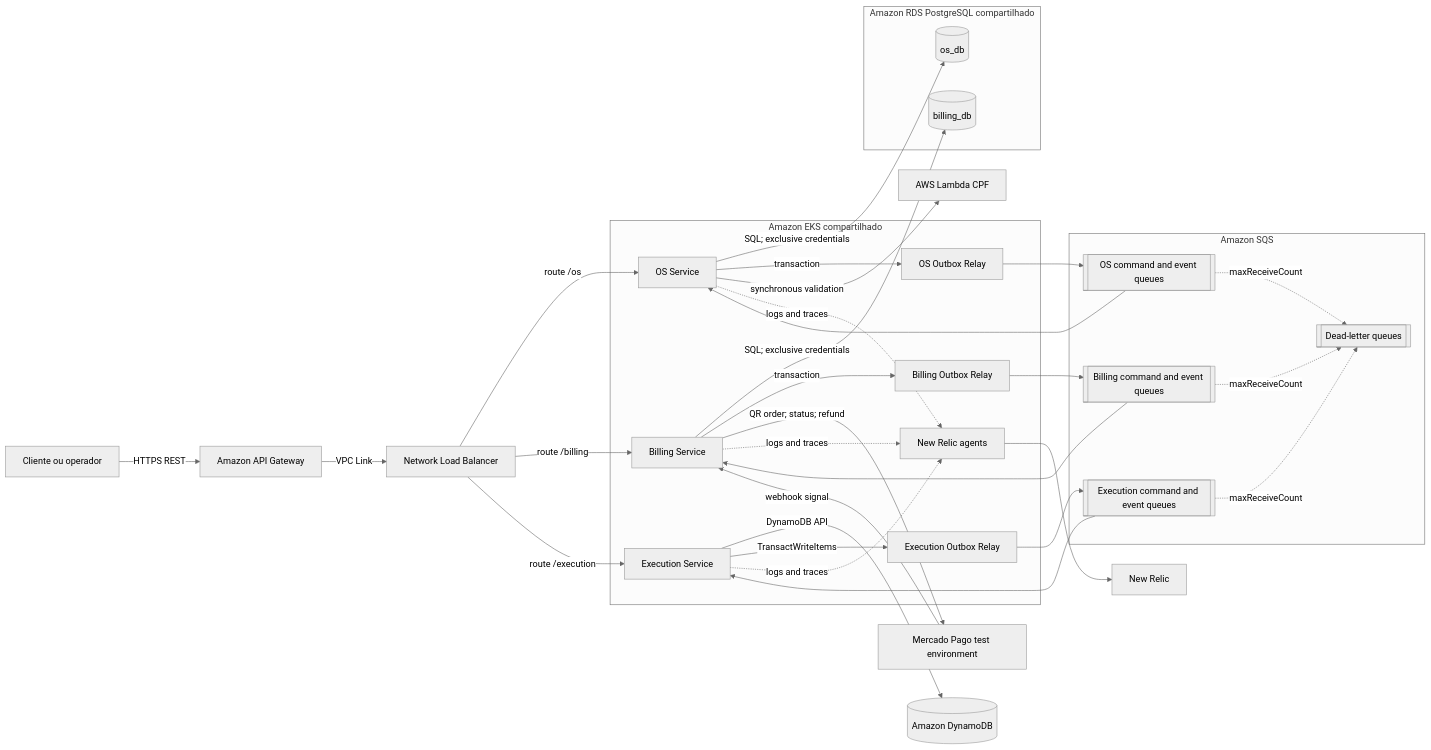
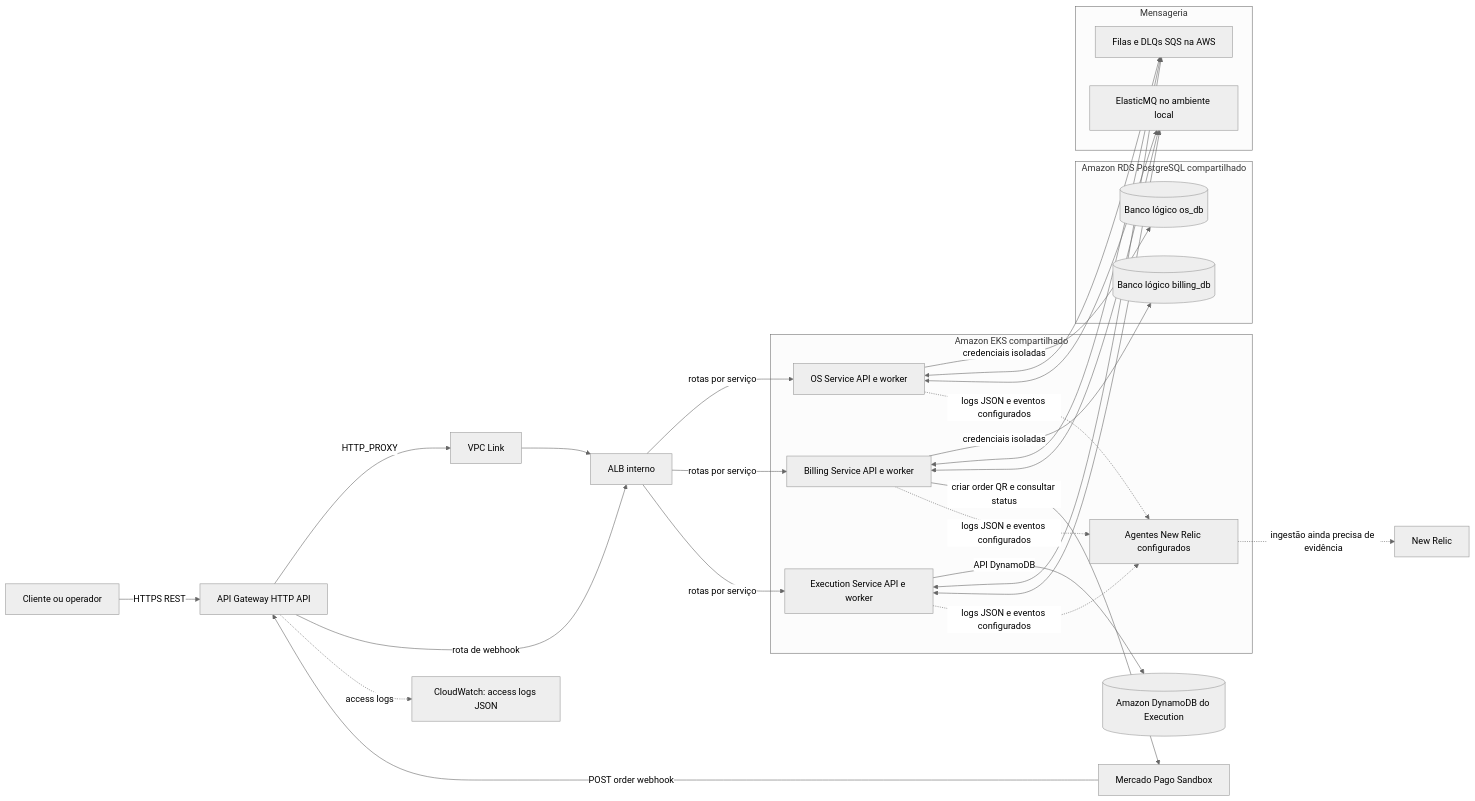
The diagram in fase-4/diagrams/target-architecture.mmd (douradorobert-pos-fiap-project/architecture-docs), drawn with Mermaid (neutral theme) before and after one commit. The commit also changed 12 other files, not shown here.

```diff
--- a/fase-4/diagrams/target-architecture.mmd
+++ b/fase-4/diagrams/target-architecture.mmd
@@ -1,65 +1,55 @@
 flowchart LR
     Client[Cliente ou operador]
-    APIGW[Amazon API Gateway]
-    NLB[Network Load Balancer]
+    APIGW[API Gateway HTTP API]
+    VPCLink[VPC Link]
+    ALB[ALB interno]
 
     subgraph EKS[Amazon EKS compartilhado]
-        OS[OS Service]
-        Billing[Billing Service]
-        Execution[Execution Service]
-        RelayOS[OS Outbox Relay]
-        RelayBilling[Billing Outbox Relay]
-        RelayExecution[Execution Outbox Relay]
-        NR[New Relic agents]
+        OS[OS Service API e worker]
+        Billing[Billing Service API e worker]
+        Execution[Execution Service API e worker]
+        NR[Agentes New Relic configurados]
     end
 
     subgraph SQL[Amazon RDS PostgreSQL compartilhado]
-        OSDB[(os_db)]
-        BillingDB[(billing_db)]
+        OSDB[(Banco lógico os_db)]
+        BillingDB[(Banco lógico billing_db)]
     end
 
-    Dynamo[(Amazon DynamoDB)]
+    Dynamo[(Amazon DynamoDB do Execution)]
 
-    subgraph Messaging[Amazon SQS]
-        OSQueue[[OS command and event queues]]
-        BillingQueue[[Billing command and event queues]]
-        ExecutionQueue[[Execution command and event queues]]
-        DLQ[[Dead-letter queues]]
+    subgraph Messaging[Mensageria]
+        SQS[Filas e DLQs SQS na AWS]
+        ElasticMQ[ElasticMQ no ambiente local]
     end
 
-    MP[Mercado Pago test environment]
-    CPF[AWS Lambda CPF]
+    MP[Mercado Pago Sandbox]
+    CloudWatch[CloudWatch: access logs JSON]
     NewRelic[New Relic]
 
     Client -->|HTTPS REST| APIGW
-    APIGW -->|VPC Link| NLB
-    NLB -->|route /os| OS
-    NLB -->|route /billing| Billing
-    NLB -->|route /execution| Execution
+    APIGW -->|HTTP_PROXY| VPCLink --> ALB
+    ALB -->|rotas por serviço| OS
+    ALB -->|rotas por serviço| Billing
+    ALB -->|rotas por serviço| Execution
 
-    OS -->|SQL; exclusive credentials| OSDB
-    Billing -->|SQL; exclusive credentials| BillingDB
-    Execution -->|DynamoDB API| Dynamo
+    OS -->|credenciais isoladas| OSDB
+    Billing -->|credenciais isoladas| BillingDB
+    Execution -->|API DynamoDB| Dynamo
 
-    OS -->|transaction| RelayOS
-    Billing -->|transaction| RelayBilling
-    Execution -->|TransactWriteItems| RelayExecution
-    RelayOS --> OSQueue
-    RelayBilling --> BillingQueue
-    RelayExecution --> ExecutionQueue
+    OS <--> SQS
+    Billing <--> SQS
+    Execution <--> SQS
+    OS <--> ElasticMQ
+    Billing <--> ElasticMQ
+    Execution <--> ElasticMQ
 
-    OSQueue --> OS
-    BillingQueue --> Billing
-    ExecutionQueue --> Execution
-    OSQueue -. maxReceiveCount .-> DLQ
-    BillingQueue -. maxReceiveCount .-> DLQ
-    ExecutionQueue -. maxReceiveCount .-> DLQ
+    Billing -->|criar order QR e consultar status| MP
+    MP -->|POST order webhook| APIGW
+    APIGW -->|rota de webhook| ALB
 
-    Billing -->|QR order; status; refund| MP
-    MP -->|webhook signal| Billing
-    OS -->|synchronous validation| CPF
-
-    OS -. logs and traces .-> NR
-    Billing -. logs and traces .-> NR
-    Execution -. logs and traces .-> NR
-    NR --> NewRelic
+    APIGW -. access logs .-> CloudWatch
+    OS -. logs JSON e eventos configurados .-> NR
+    Billing -. logs JSON e eventos configurados .-> NR
+    Execution -. logs JSON e eventos configurados .-> NR
+    NR -. ingestão ainda precisa de evidência .-> NewRelic
```
